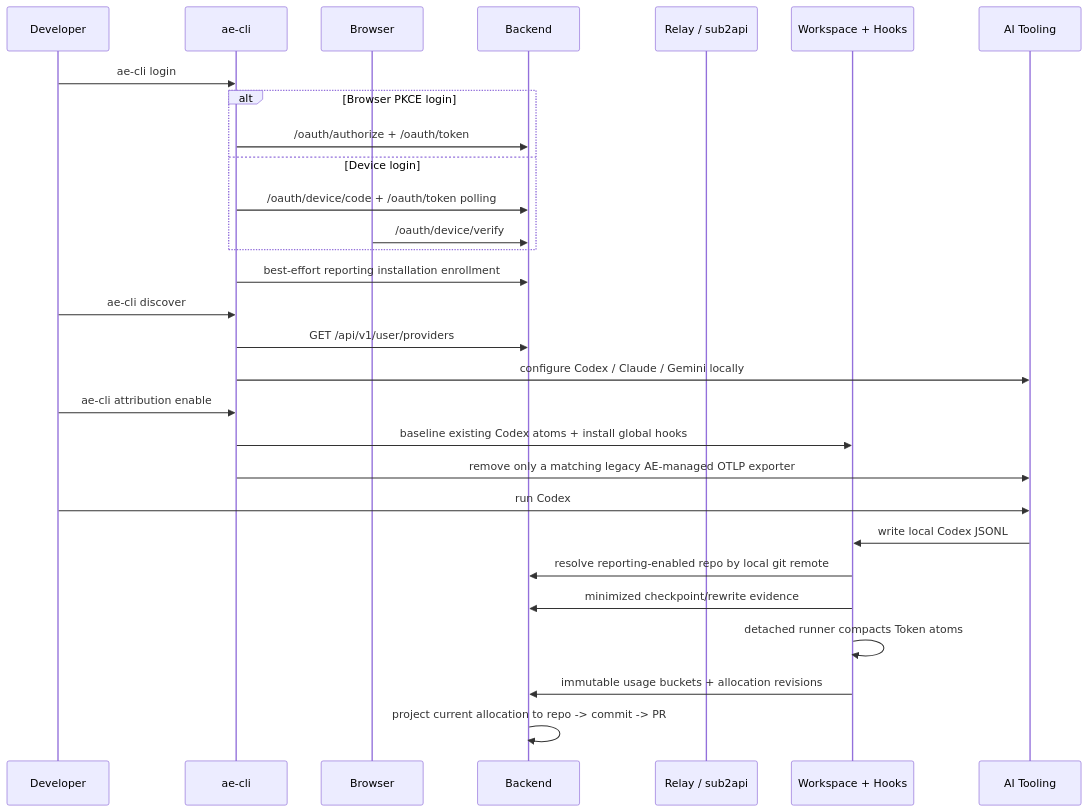
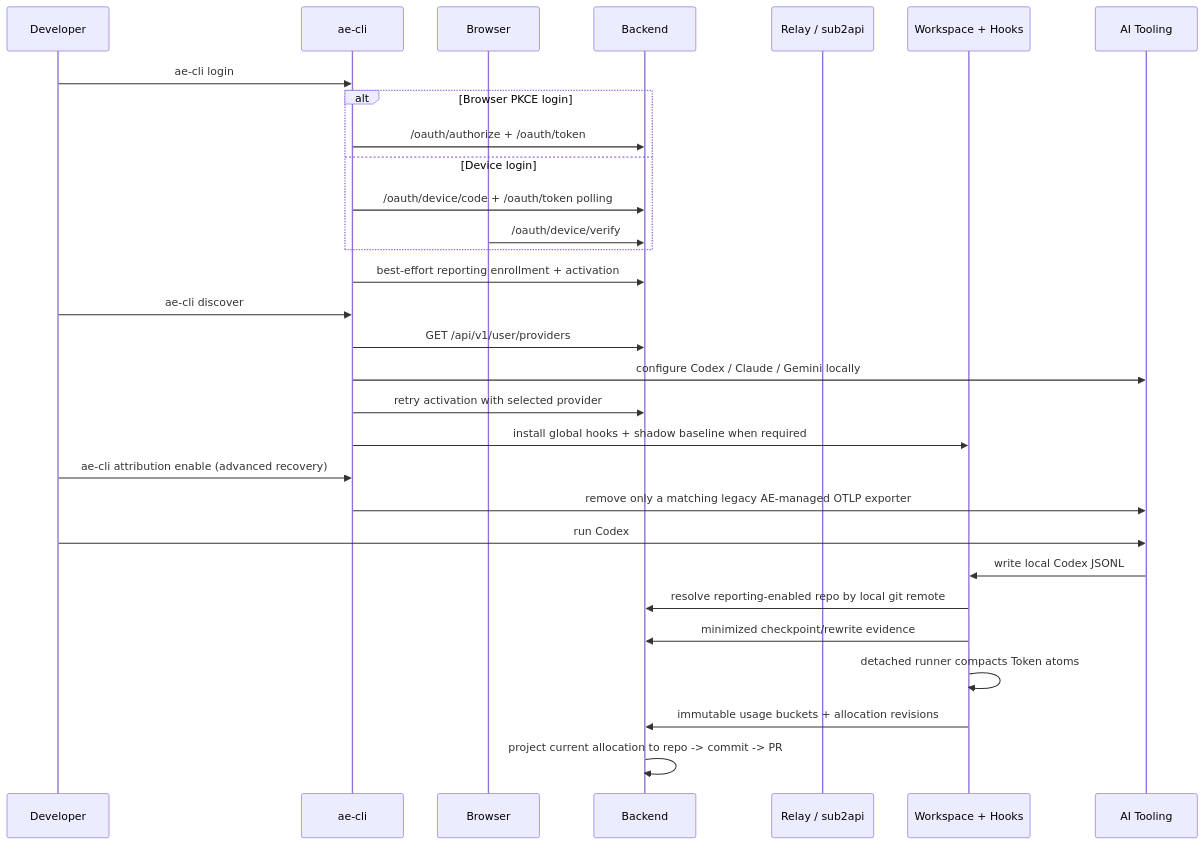
The third of 4 diagrams in docs/architecture.md (LichKing-2234/ai-efficiency), drawn with Mermaid before and after one commit. The commit also changed other lines of this file and 35 other files, not shown here.

````diff
--- a/docs/architecture.md
+++ b/docs/architecture.md
@@ -631,32 +631,33 @@
 ```mermaid
 sequenceDiagram
     participant Dev as Developer
     participant CLI as ae-cli
     participant Browser as Browser
     participant BE as Backend
     participant Relay as Relay / sub2api
     participant WS as Workspace + Hooks
     participant Tool as AI Tooling
 
     Dev->>CLI: ae-cli login
     alt Browser PKCE login
         CLI->>BE: /oauth/authorize + /oauth/token
     else Device login
         CLI->>BE: /oauth/device/code + /oauth/token polling
         Browser->>BE: /oauth/device/verify
     end
-    CLI->>BE: best-effort reporting installation enrollment
+    CLI->>BE: best-effort reporting enrollment + activation
     Dev->>CLI: ae-cli discover
     CLI->>BE: GET /api/v1/user/providers
     CLI->>Tool: configure Codex / Claude / Gemini locally
-    Dev->>CLI: ae-cli attribution enable
-    CLI->>WS: baseline existing Codex atoms + install global hooks
+    CLI->>BE: retry activation with selected provider
+    CLI->>WS: install global hooks + shadow baseline when required
+    Dev->>CLI: ae-cli attribution enable (advanced recovery)
     CLI->>Tool: remove only a matching legacy AE-managed OTLP exporter
     Dev->>Tool: run Codex
     Tool->>WS: write local Codex JSONL
     WS->>BE: resolve reporting-enabled repo by local git remote
     WS->>BE: minimized checkpoint/rewrite evidence
     WS->>WS: detached runner compacts Token atoms
     WS->>BE: immutable usage buckets + allocation revisions
     BE->>BE: project current allocation to repo -> commit -> PR
 ```
````
